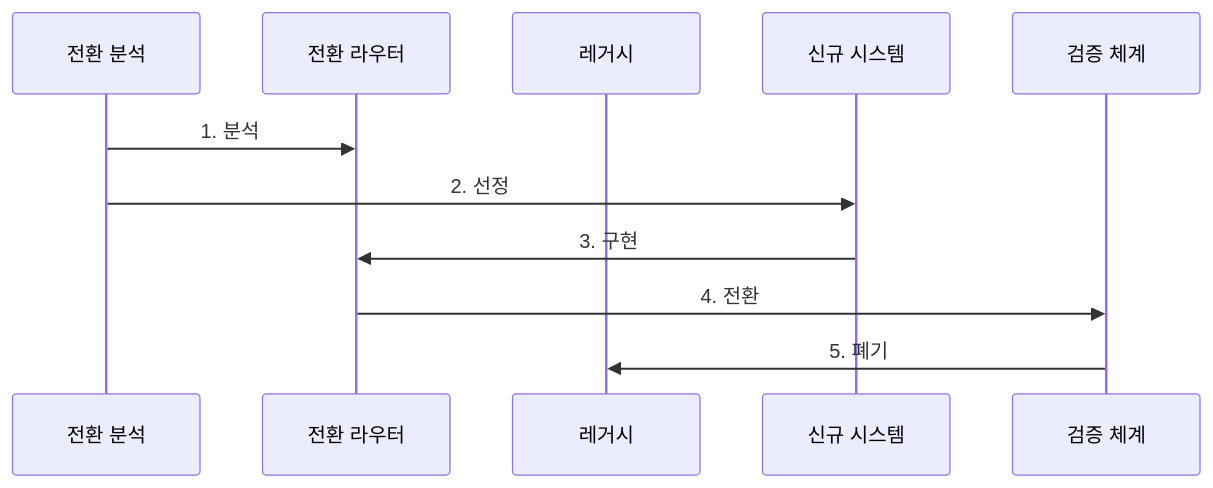
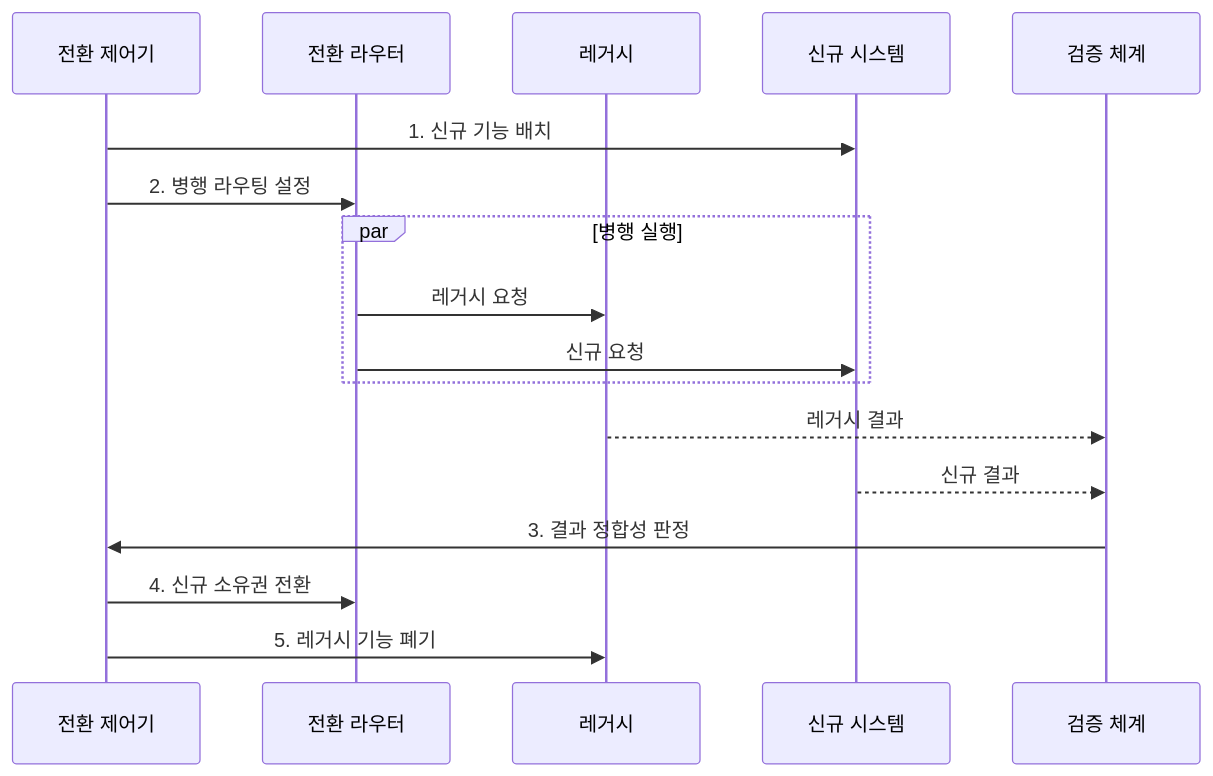
The second of 2 diagrams in src/content/docs/notes/03-software/219_strangler_fig_pattern.md (agnusdei1207/knowledge-base), drawn with Mermaid before and after one commit. The commit also changed other lines of this file and 20 other files, not shown here.

````diff
--- a/src/content/docs/notes/03-software/219_strangler_fig_pattern.md
+++ b/src/content/docs/notes/03-software/219_strangler_fig_pattern.md
@@ -77,13 +80,19 @@
 ```mermaid
 sequenceDiagram
-    participant A as 전환 분석
+    participant O as 전환 제어기
     participant R as 전환 라우터
     participant L as 레거시
     participant N as 신규 시스템
     participant V as 검증 체계
-    A->>R: 1. 분석
-    A->>N: 2. 선정
-    N->>R: 3. 구현
-    R->>V: 4. 전환
-    V->>L: 5. 폐기
+    O->>N: 1. 신규 기능 배치
+    O->>R: 2. 병행 라우팅 설정
+    par 병행 실행
+        R->>L: 레거시 요청
+        R->>N: 신규 요청
+    end
+    L-->>V: 레거시 결과
+    N-->>V: 신규 결과
+    V->>O: 3. 결과 정합성 판정
+    O->>R: 4. 신규 소유권 전환
+    O->>L: 5. 레거시 기능 폐기
 ```
````
